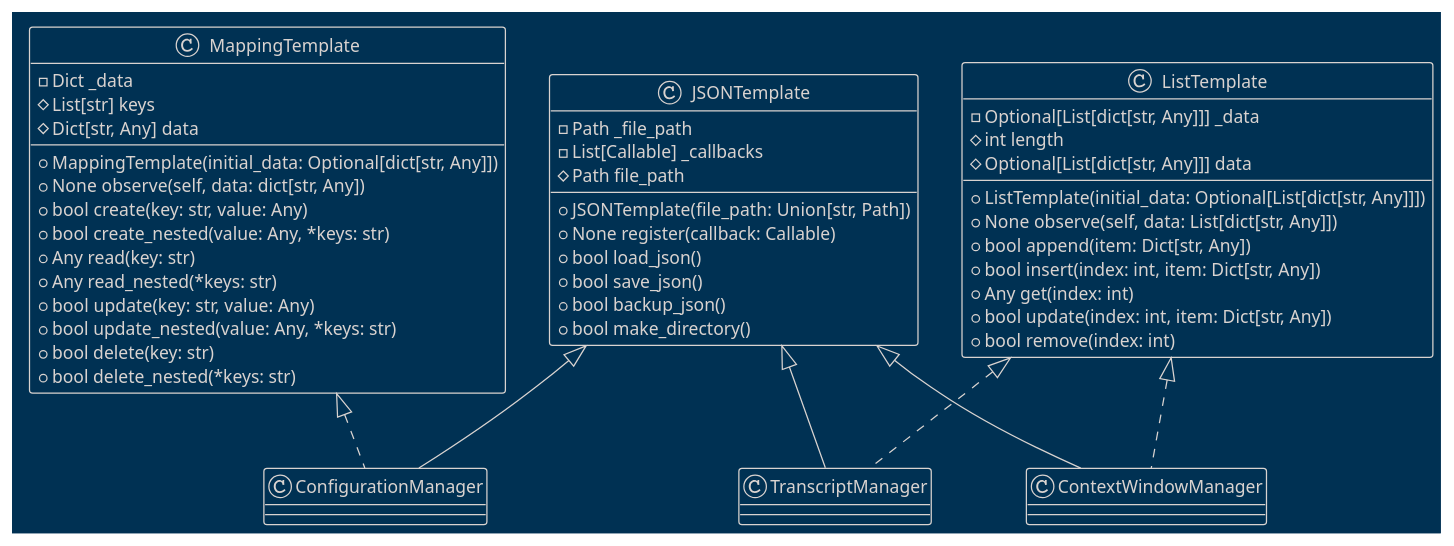
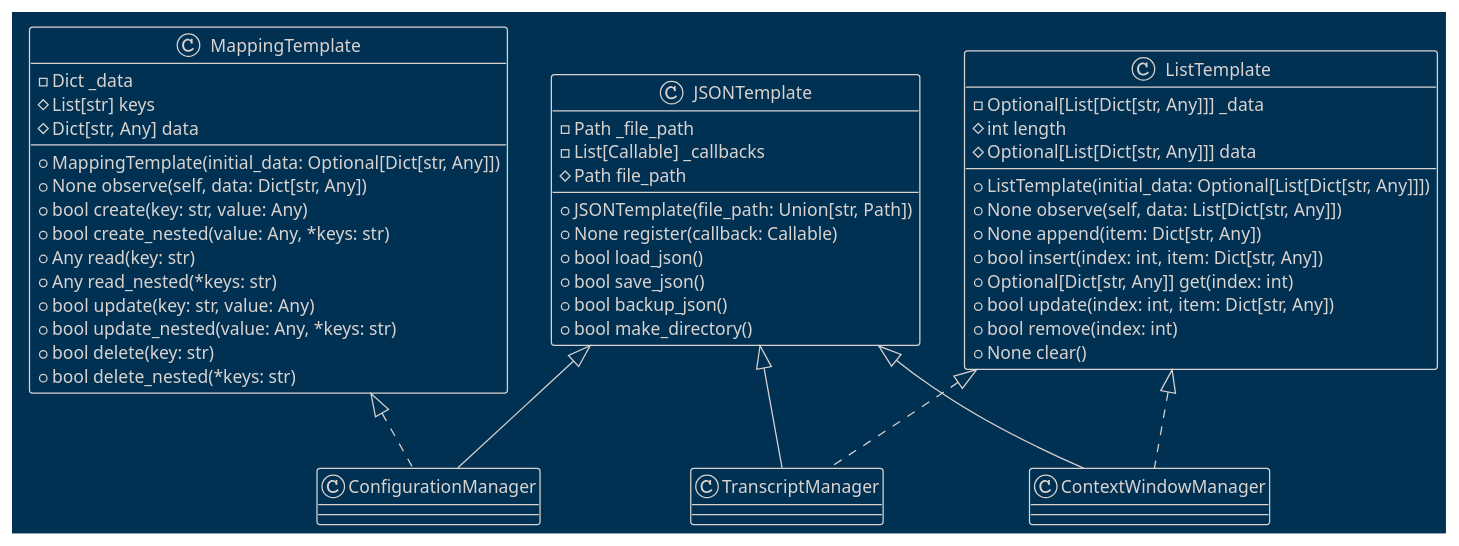
One commit to teleprint-me/py.gpt.prompt changed the diagram in docs/diagrams/plantuml/mapping_templates.puml. Above: the diagram before and after it, drawn with PlantUML.

Commit message:
docs: Refactor and fix types for mapping templates

```diff
--- a/docs/diagrams/plantuml/mapping_templates.puml
+++ b/docs/diagrams/plantuml/mapping_templates.puml
@@ -1,56 +1,57 @@
-@startuml MappingTemplate
+@startuml MappingTemplates
 !theme blueprint
 
 class JSONTemplate {
     - Path _file_path
     - List[Callable] _callbacks
     + JSONTemplate(file_path: Union[str, Path])
     # Path file_path
     + None register(callback: Callable)
     + bool load_json()
     + bool save_json()
     + bool backup_json()
     + bool make_directory()
 }
 
 class ListTemplate {
-    - Optional[List[dict[str, Any]]] _data
-    + ListTemplate(initial_data: Optional[List[dict[str, Any]]])
+    - Optional[List[Dict[str, Any]]] _data
+    + ListTemplate(initial_data: Optional[List[Dict[str, Any]]])
     # int length
-    # Optional[List[dict[str, Any]]] data
-    + None observe(self, data: List[dict[str, Any]])
-    + bool append(item: Dict[str, Any])
+    # Optional[List[Dict[str, Any]]] data
+    + None observe(self, data: List[Dict[str, Any]])
+    + None append(item: Dict[str, Any])
     + bool insert(index: int, item: Dict[str, Any])
-    + Any get(index: int)
+    + Optional[Dict[str, Any]] get(index: int)
     + bool update(index: int, item: Dict[str, Any])
     + bool remove(index: int)
+    + None clear()
 }
 
 class MappingTemplate {
     - Dict _data
-    + MappingTemplate(initial_data: Optional[dict[str, Any]])
+    + MappingTemplate(initial_data: Optional[Dict[str, Any]])
     # List[str] keys
     # Dict[str, Any] data
-    + None observe(self, data: dict[str, Any])
+    + None observe(self, data: Dict[str, Any])
     + bool create(key: str, value: Any)
     + bool create_nested(value: Any, *keys: str)
     + Any read(key: str)
     + Any read_nested(*keys: str)
     + bool update(key: str, value: Any)
     + bool update_nested(value: Any, *keys: str)
     + bool delete(key: str)
     + bool delete_nested(*keys: str)
 }
 
 class ConfigurationManager
 JSONTemplate <|-- ConfigurationManager
 MappingTemplate <|.. ConfigurationManager
 
 class ContextWindowManager
 JSONTemplate <|-- ContextWindowManager
 ListTemplate <|.. ContextWindowManager
 
 class TranscriptManager
 JSONTemplate <|-- TranscriptManager
 ListTemplate <|.. TranscriptManager
 @enduml
```
